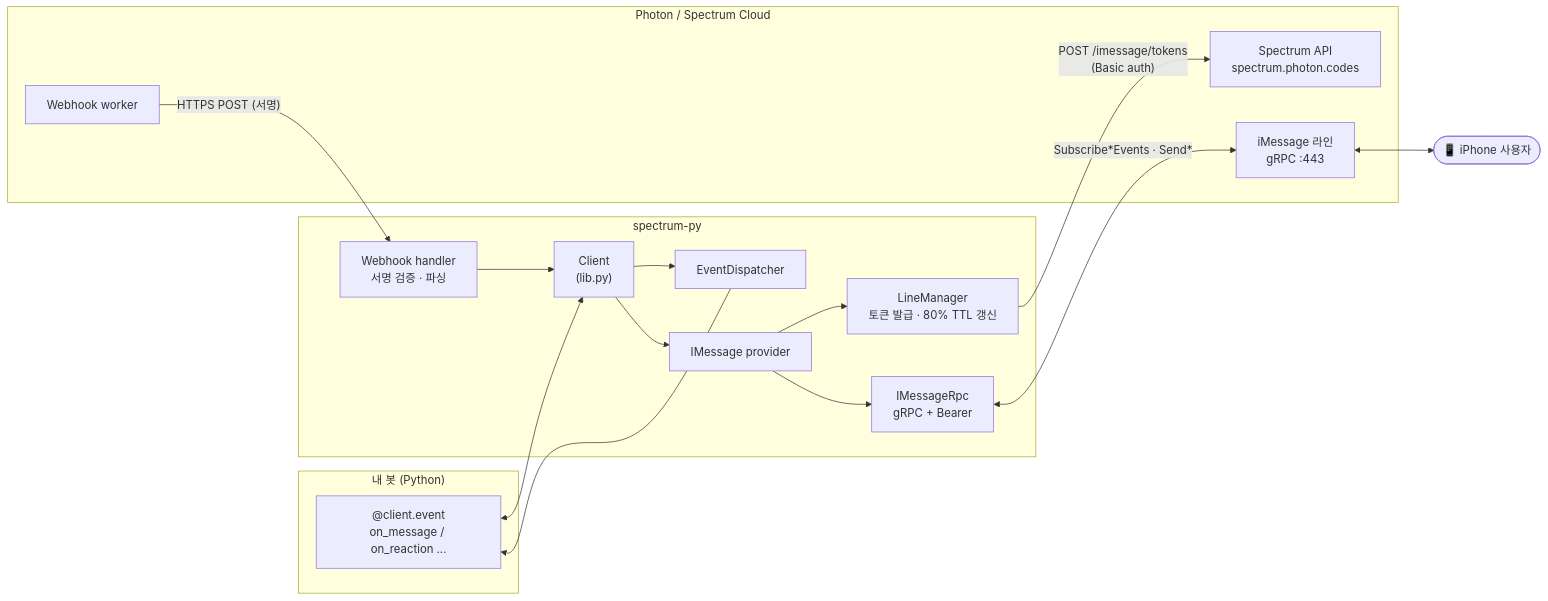
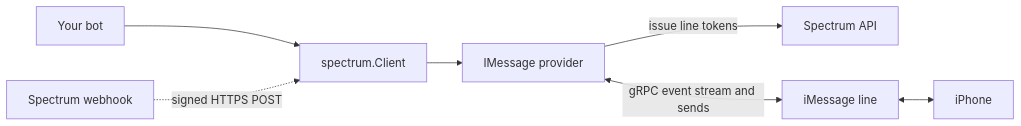
One commit to deongdion/spectrum changed the diagram in README.md. Above: the diagram before and after it, drawn with Mermaid. The commit also changed other lines of this file and 7 other files, not shown here.

````diff
--- a/README.md
+++ b/README.md
@@ -102,32 +55,9 @@
 ```mermaid
 flowchart LR
-    subgraph App["내 봇 (Python)"]
-        H["@client.event<br/>on_message / on_reaction ..."]
-    end
-
-    subgraph SDK["spectrum-py"]
-        C["Client<br/>(lib.py)"]
-        D["EventDispatcher"]
-        P["IMessage provider"]
-        L["LineManager<br/>토큰 발급 · 80% TTL 갱신"]
-        R["IMessageRpc<br/>gRPC + Bearer"]
-        W["Webhook handler<br/>서명 검증 · 파싱"]
-    end
-
-    subgraph Photon["Photon / Spectrum Cloud"]
-        API["Spectrum API<br/>spectrum.photon.codes"]
-        G["iMessage 라인<br/>gRPC :443"]
-        WH["Webhook worker"]
-    end
-
-    Phone(["📱 iPhone 사용자"])
-
-    H <--> C
-    C --> D --> H
-    C --> P --> L
-    P --> R
-    L -- "POST /imessage/tokens<br/>(Basic auth)" --> API
-    R <-- "Subscribe*Events · Send*" --> G
-    G <--> Phone
-    WH -- "HTTPS POST (서명)" --> W --> C
+    bot["Your bot"] --> client["spectrum.Client"]
+    client --> provider["IMessage provider"]
+    provider -- "issue line tokens" --> api["Spectrum API"]
+    provider <-- "gRPC event stream and sends" --> line["iMessage line"]
+    line <--> phone["iPhone"]
+    hook["Spectrum webhook"] -. "signed HTTPS POST" .-> client
 ```
````
